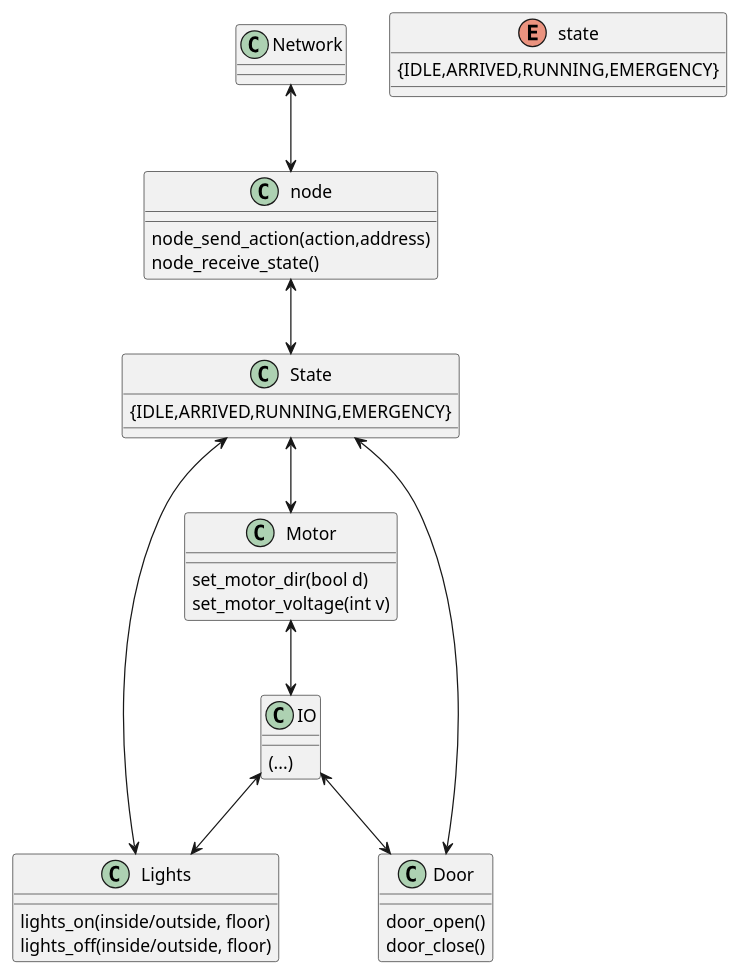
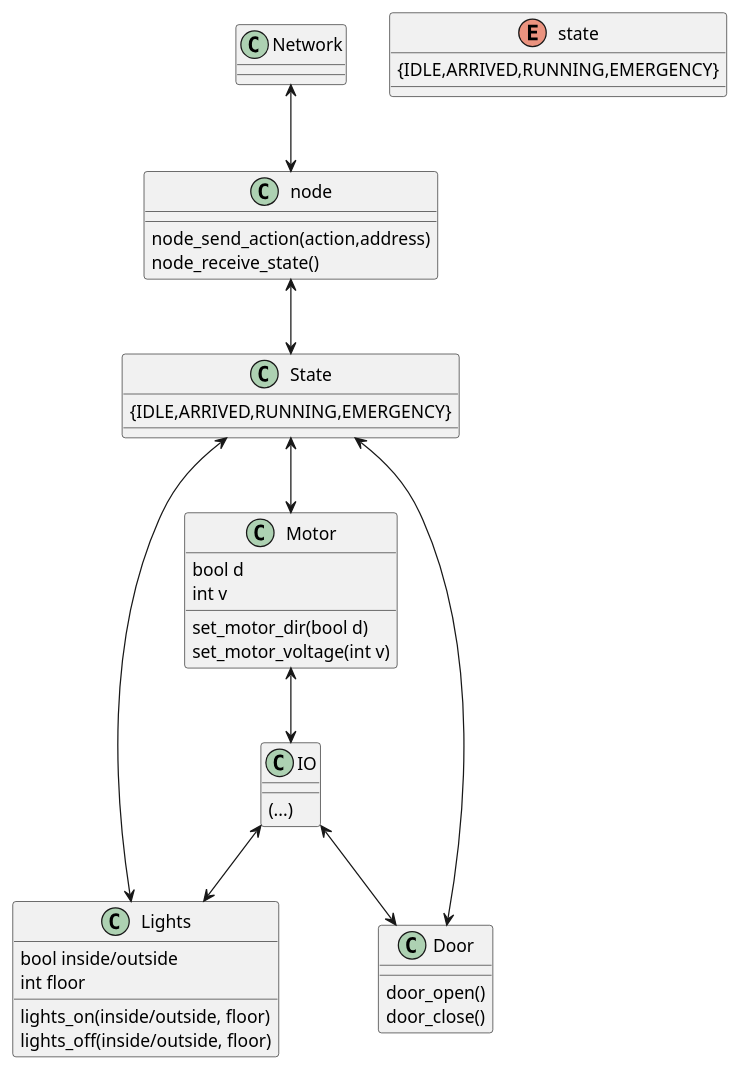
One commit to eivindhstray/Sanntid changed the diagram in Design/elevator.plantuml. Above: the diagram before and after it, drawn with PlantUML.

Commit message:
update variables

```diff
--- a/Design/elevator.plantuml
+++ b/Design/elevator.plantuml
@@ -1,58 +1,62 @@
 @startuml
 
 class Network{
 
 }
 
 class node{
   node_send_action(action,address)
   node_receive_state()
 
 }
 
 class IO{
   (...)
 }
 
 class Lights{
+    bool inside/outside
+    int floor
   lights_on(inside/outside, floor)
   lights_off(inside/outside, floor)
 }
 
 enum state{
   {IDLE,ARRIVED,RUNNING,EMERGENCY}
 }
 
 class Door{
   door_open()
   door_close()
 }
 
 class State{
   {IDLE,ARRIVED,RUNNING,EMERGENCY}
 
 }
 
 class Motor {
+    bool d
+    int v
     set_motor_dir(bool d)
     set_motor_voltage(int v)
     
 }
 
 Network <--> node
 
 node <--> State
 
 IO <--> Door
 
 IO <--> Lights
 
 State <-->Lights
 
 State <--> Door
 
 State <--> Motor
 
 Motor <--> IO
 
 @enduml
```
